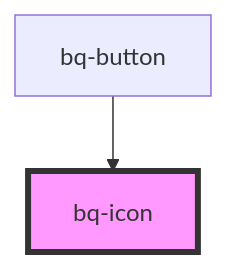
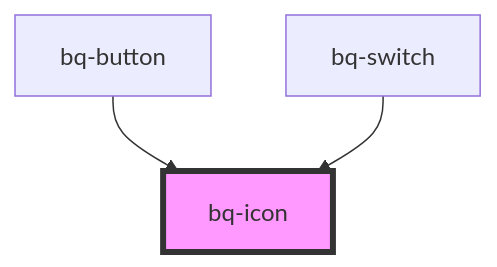
Before and after one commit to Endava/BEEQ: the diagram in libs/bee-q/src/components/icon/readme.md, drawn with Mermaid. The commit also changed other lines of this file and 10 other files, not shown here.

````diff
--- a/libs/bee-q/src/components/icon/readme.md
+++ b/libs/bee-q/src/components/icon/readme.md
@@ -42,5 +43,6 @@
 ```mermaid
 graph TD;
   bq-button --> bq-icon
+  bq-switch --> bq-icon
   style bq-icon fill:#f9f,stroke:#333,stroke-width:4px
 ```
````
